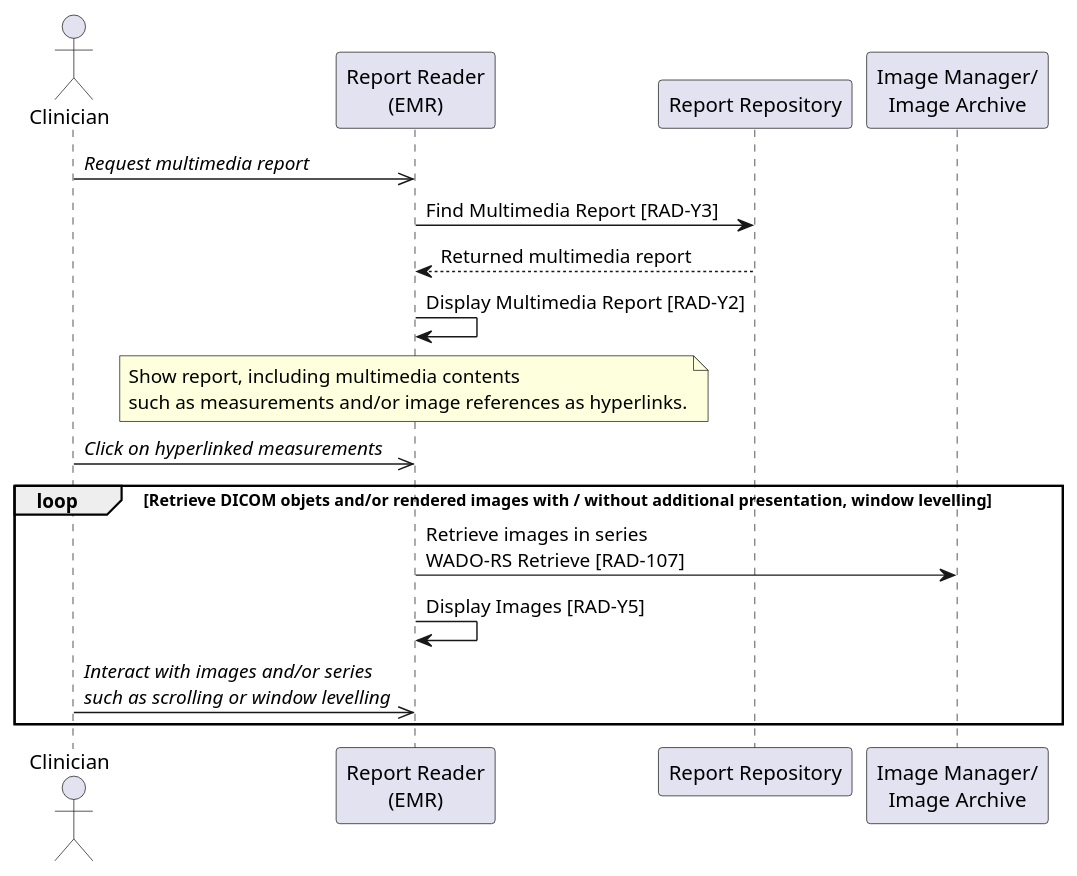
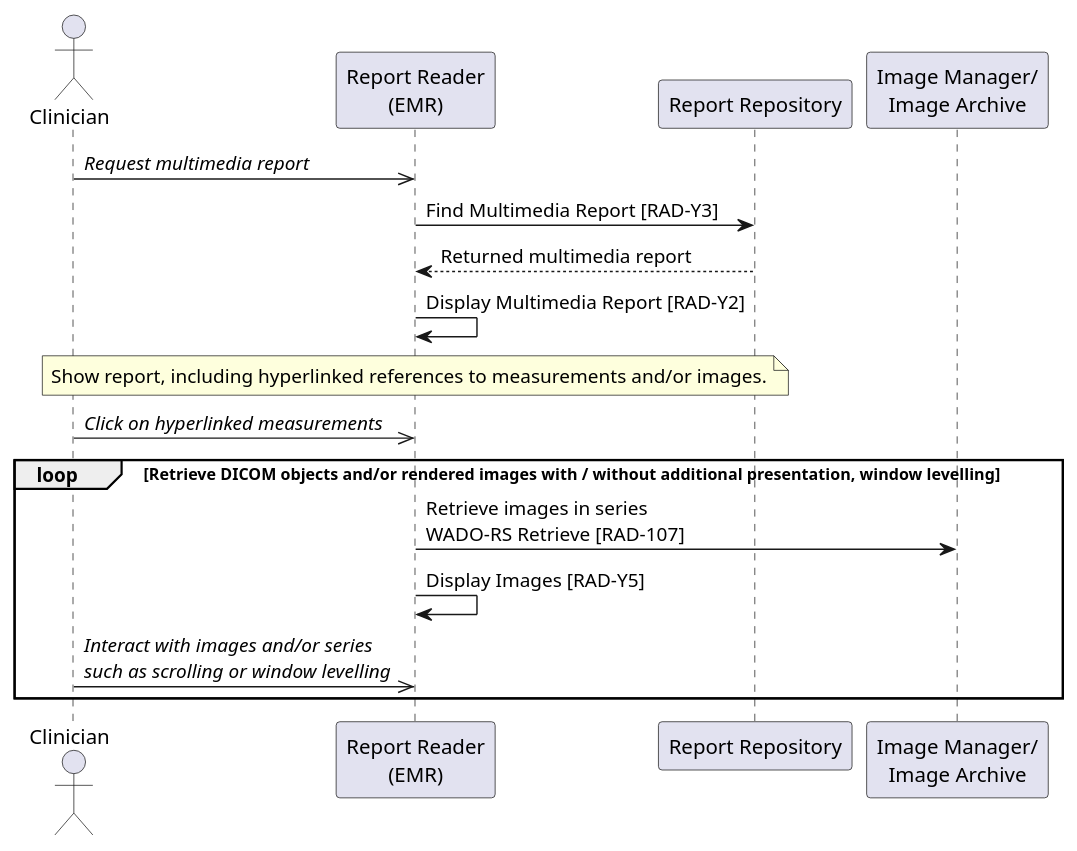
Before and after one commit to IHE/RAD.IMR: the diagram in input/images-source/uc2-presenting-interactive-report-standalone.plantuml, drawn with PlantUML.

Commit message:
Updated note.

```diff
--- a/input/images-source/uc2-presenting-interactive-report-standalone.plantuml
+++ b/input/images-source/uc2-presenting-interactive-report-standalone.plantuml
@@ -1,29 +1,28 @@
 @startuml
 
 actor Clinician as Clinician
 
 participant "Report Reader\n(EMR)" as Reader
 participant "Report Repository" as Repo
 
 participant "Image Manager/\nImage Archive" as Archive
 
 Clinician->>Reader: //Request multimedia report//
 
 Reader->Repo: Find Multimedia Report [RAD-Y3]
 Repo-->Reader: Returned multimedia report
 Reader->Reader: Display Multimedia Report [RAD-Y2]
 note over Reader
-Show report, including multimedia contents
-such as measurements and/or image references as hyperlinks.
+Show report, including hyperlinked references to measurements and/or images.
 end note
 
 Clinician->>Reader: //Click on hyperlinked measurements//
 
-loop Retrieve DICOM objets and/or rendered images with / without additional presentation, window levelling
+loop Retrieve DICOM objects and/or rendered images with / without additional presentation, window levelling
 Reader->Archive: Retrieve images in series\nWADO-RS Retrieve [RAD-107]
 Reader->Reader: Display Images [RAD-Y5]
 
 Clinician->>Reader: //Interact with images and/or series//\n//such as scrolling or window levelling//
 end loop
 
 @enduml
```
